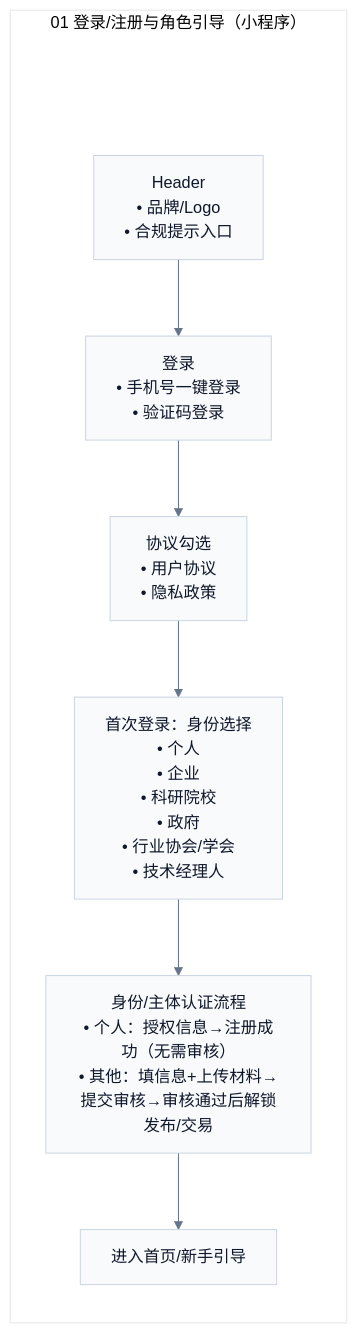
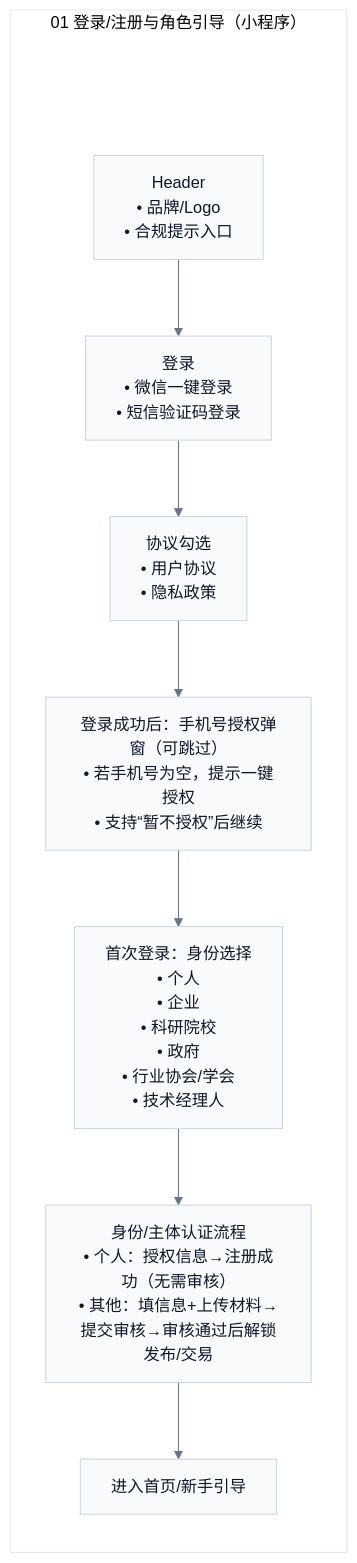
One commit to Ming-1984/Ipmoney changed the diagram in docs/demo/pages/miniapp/01-login.mmd. Above: the diagram before and after it, drawn with Mermaid. The commit also changed 47 other files, not shown here.

Commit message:
修改首页图标，增加手机号授权。

```diff
--- a/docs/demo/pages/miniapp/01-login.mmd
+++ b/docs/demo/pages/miniapp/01-login.mmd
@@ -1,17 +1,18 @@
 %%{init: {'theme':'base','flowchart': {'htmlLabels': true},'themeVariables': {'fontFamily': 'Inter, Microsoft YaHei, sans-serif','lineColor':'#64748B','primaryTextColor':'#0F172A','primaryBorderColor':'#CBD5E1','primaryColor':'#F8FAFC'}}}%%
 flowchart TB
   subgraph P["01 登录/注册与角色引导（小程序）"]
     direction TB
     Pad[" "]:::pad
     H["Header<br/>• 品牌/Logo<br/>• 合规提示入口"]
-    L["登录<br/>• 手机号一键登录<br/>• 验证码登录"]
+    L["登录<br/>• 微信一键登录<br/>• 短信验证码登录"]
     A["协议勾选<br/>• 用户协议<br/>• 隐私政策"]
+    P1["登录成功后：手机号授权弹窗（可跳过）<br/>• 若手机号为空，提示一键授权<br/>• 支持“暂不授权”后继续"]
     R["首次登录：身份选择<br/>• 个人<br/>• 企业<br/>• 科研院校<br/>• 政府<br/>• 行业协会/学会<br/>• 技术经理人"]
     K["身份/主体认证流程<br/>• 个人：授权信息→注册成功（无需审核）<br/>• 其他：填信息+上传材料→提交审核→审核通过后解锁发布/交易"]
     N["进入首页/新手引导"]
     Pad --> H
-    H --> L --> A --> R --> K --> N
+    H --> L --> A --> P1 --> R --> K --> N
   end
 
   classDef pad fill:transparent,stroke:transparent,color:transparent;
   linkStyle 0 stroke:transparent,fill:transparent;
```
